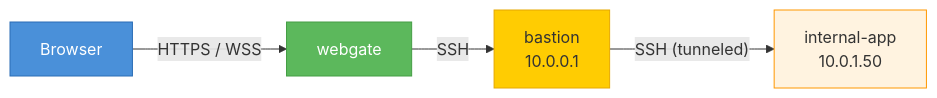
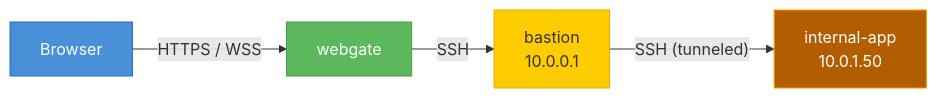
One commit to kalexnolasco/webgate changed the fourth of 8 diagrams in README.md. Above: the diagram before and after it, drawn with Mermaid. The commit also changed other lines of this file and 26 other files, not shown here.

````diff
--- a/README.md
+++ b/README.md
@@ -297,14 +297,14 @@
 ```mermaid
 flowchart LR
     B["Browser"]
     WG["webgate"]
     BAST["bastion<br/>10.0.0.1"]
     INT["internal-app<br/>10.0.1.50"]
     B -- "HTTPS / WSS" --> WG
     WG -- "SSH" --> BAST
     BAST -- "SSH (tunneled)" --> INT
     style B fill:#4a90d9,stroke:#2a6cb5,color:#fff
     style WG fill:#5cb85c,stroke:#449d44,color:#fff
     style BAST fill:#ffcc02,stroke:#e6a800,color:#333
-    style INT fill:#fff3e0,stroke:#ff9800
+    style INT fill:#b25e00,stroke:#ff9800,color:#fff
 ```
````
